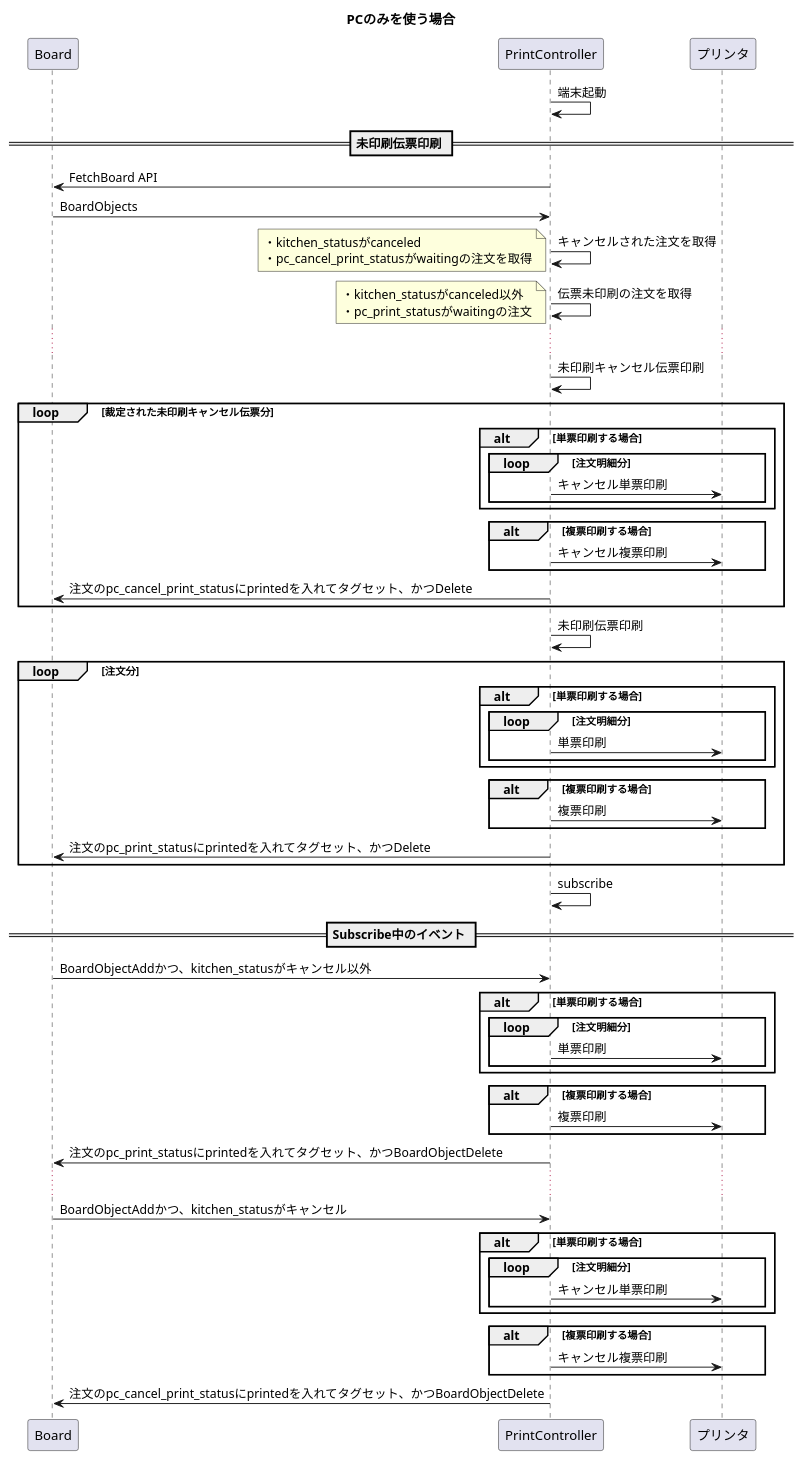
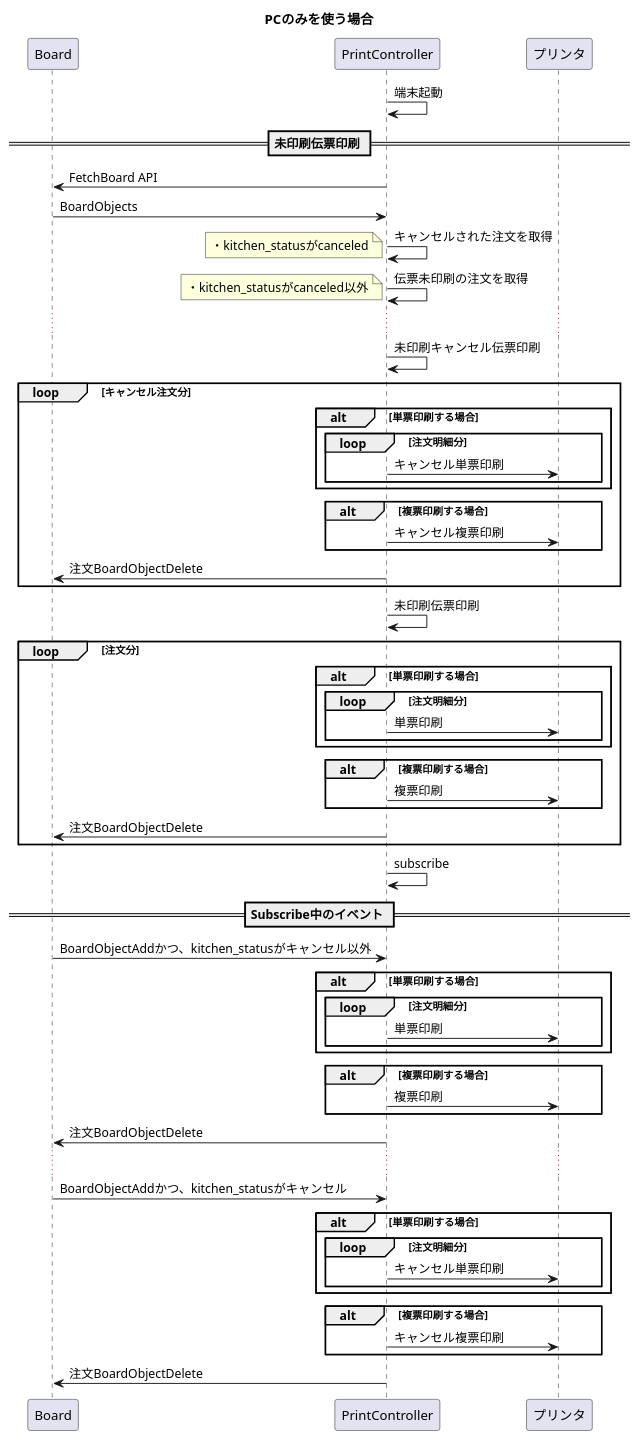
The diagram in instore/only_pc.pu (kmurata08/plantuml-editor), drawn with PlantUML before and after one commit.

Commit message:
Edit only pc

```diff
--- a/instore/only_pc.pu
+++ b/instore/only_pc.pu
@@ -1,78 +1,76 @@
 title PCのみを使う場合
 
 participant Board as b
 participant PrintController as pc
 participant プリンタ as pt
 
 pc -> pc: 端末起動
 
 == 未印刷伝票印刷 ==
 pc -> b: FetchBoard API
 b -> pc: BoardObjects
 pc -> pc: キャンセルされた注文を取得
 note left
     ・kitchen_statusがcanceled
-    ・pc_cancel_print_statusがwaitingの注文を取得
 end note
 
 pc -> pc: 伝票未印刷の注文を取得
 note left
     ・kitchen_statusがcanceled以外
-    ・pc_print_statusがwaitingの注文
 end note
 
 ...
 
 pc -> pc: 未印刷キャンセル伝票印刷
-loop 裁定された未印刷キャンセル伝票分
+loop キャンセル注文分
     alt 単票印刷する場合
         loop 注文明細分
             pc -> pt: キャンセル単票印刷
         end
     end
     alt 複票印刷する場合
         pc -> pt: キャンセル複票印刷
     end
-    pc -> b: 注文のpc_cancel_print_statusにprintedを入れてタグセット、かつDelete
+    pc -> b: 注文BoardObjectDelete
 end
 
 pc -> pc: 未印刷伝票印刷
 loop 注文分
     alt 単票印刷する場合
         loop 注文明細分
             pc -> pt: 単票印刷
         end
     end
     alt 複票印刷する場合
         pc -> pt: 複票印刷
     end
-    pc -> b: 注文のpc_print_statusにprintedを入れてタグセット、かつDelete
+    pc -> b: 注文BoardObjectDelete
 end
 
 pc -> pc: subscribe
 
 == Subscribe中のイベント ==
 
 b -> pc: BoardObjectAddかつ、kitchen_statusがキャンセル以外
 alt 単票印刷する場合
     loop 注文明細分
         pc -> pt: 単票印刷
     end
 end
 alt 複票印刷する場合
     pc -> pt: 複票印刷
 end
-pc -> b: 注文のpc_print_statusにprintedを入れてタグセット、かつBoardObjectDelete
+pc -> b: 注文BoardObjectDelete
 
 ...
 
 b -> pc: BoardObjectAddかつ、kitchen_statusがキャンセル
 alt 単票印刷する場合
     loop 注文明細分
         pc -> pt: キャンセル単票印刷
     end
 end
 alt 複票印刷する場合
     pc -> pt: キャンセル複票印刷
 end
-pc -> b: 注文のpc_cancel_print_statusにprintedを入れてタグセット、かつBoardObjectDelete
+pc -> b: 注文BoardObjectDelete
```
